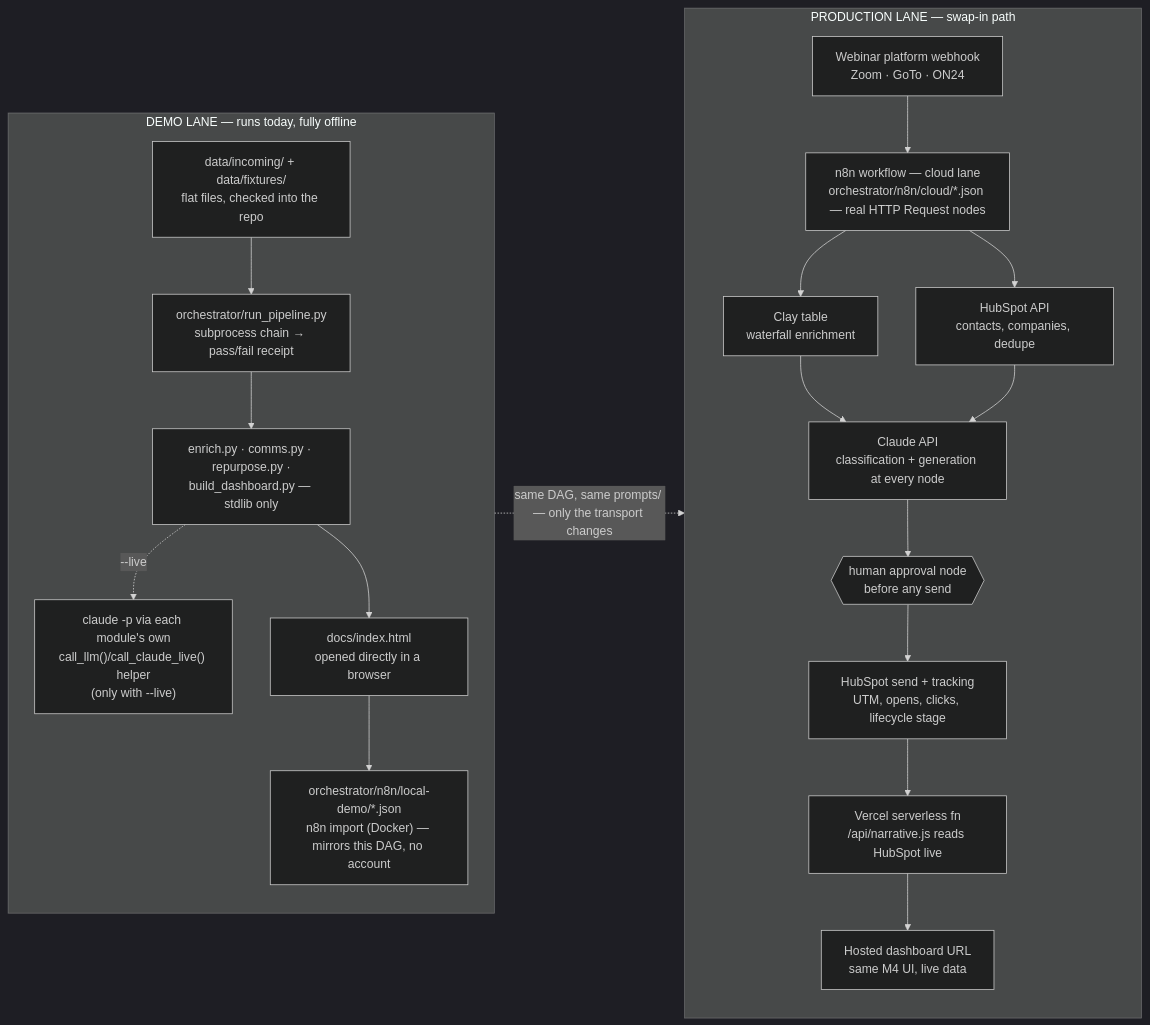
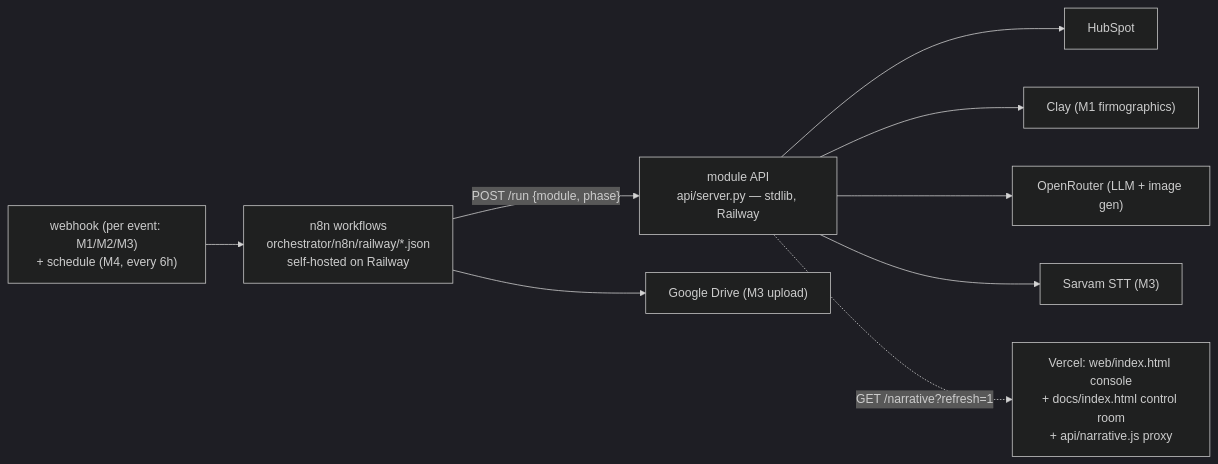
One commit to Kai8karma/postevent-engine changed the second of 2 diagrams in docs/architecture.md. Above: the diagram before and after it, drawn with Mermaid (dark theme). The commit also changed other lines of this file and 13 other files, not shown here.

````diff
--- a/docs/architecture.md
+++ b/docs/architecture.md
@@ -72,35 +50,11 @@
 ```mermaid
 flowchart LR
-    subgraph DEMO["DEMO LANE — runs today, fully offline"]
-        direction TB
-        d0["data/incoming/ + data/fixtures/<br/>flat files, checked into the repo"]
-        d1["orchestrator/run_pipeline.py<br/>subprocess chain → pass/fail receipt"]
-        d2["enrich.py · comms.py · repurpose.py ·<br/>build_dashboard.py — stdlib only"]
-        d3["claude -p via each module's own<br/>call_llm()/call_claude_live() helper<br/>(only with --live)"]
-        d4["docs/index.html<br/>opened directly in a browser"]
-        d5["orchestrator/n8n/local-demo/*.json<br/>n8n import (Docker) — mirrors this DAG, no account"]
-        d0 --> d1 --> d2
-        d2 -. "--live" .-> d3
-        d2 --> d4
-        d4 --> d5
-    end
-
-    subgraph PROD["PRODUCTION LANE — swap-in path"]
-        direction TB
-        p0["Webinar platform webhook<br/>Zoom · GoTo · ON24"]
-        p1["n8n workflow — cloud lane<br/>orchestrator/n8n/cloud/*.json — real HTTP Request nodes"]
-        p2a["Clay table<br/>waterfall enrichment"]
-        p2b["HubSpot API<br/>contacts, companies, dedupe"]
-        p3["Claude API<br/>classification + generation at every node"]
-        pg{{"human approval node<br/>before any send"}}
-        p5["HubSpot send + tracking<br/>UTM, opens, clicks, lifecycle stage"]
-        p6["Vercel serverless fn<br/>/api/narrative.js reads HubSpot live"]
-        p7["Hosted dashboard URL<br/>same M4 UI, live data"]
-        p0 --> p1
-        p1 --> p2a --> p3
-        p1 --> p2b --> p3
-        p3 --> pg --> p5 --> p6 --> p7
-    end
-
-    d4 -. "same DAG, same prompts/ — only the transport changes" .-> p1
+    trig["webhook (per event: M1/M2/M3)<br/>+ schedule (M4, every 6h)"] --> n8n["n8n workflows<br/>orchestrator/n8n/railway/*.json<br/>self-hosted on Railway"]
+    n8n -- "POST /run {module, phase}" --> api["module API<br/>api/server.py — stdlib, Railway"]
+    api --> hs["HubSpot"]
+    api --> clay["Clay (M1 firmographics)"]
+    api --> or["OpenRouter (LLM + image gen)"]
+    api --> sarvam["Sarvam STT (M3)"]
+    n8n --> drive["Google Drive (M3 upload)"]
+    api -. "GET /narrative?refresh=1" .-> vercel["Vercel: web/index.html console<br/>+ docs/index.html control room<br/>+ api/narrative.js proxy"]
 ```
````
